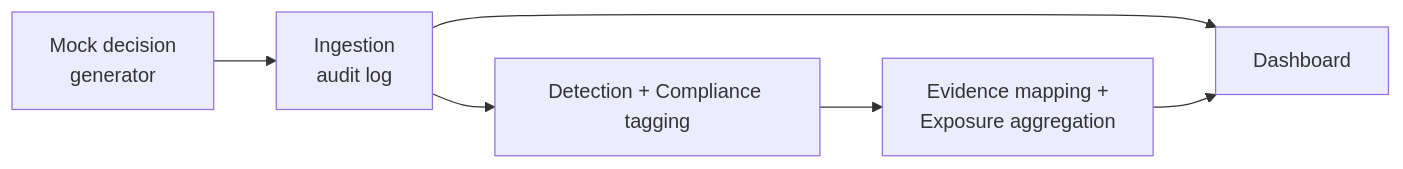
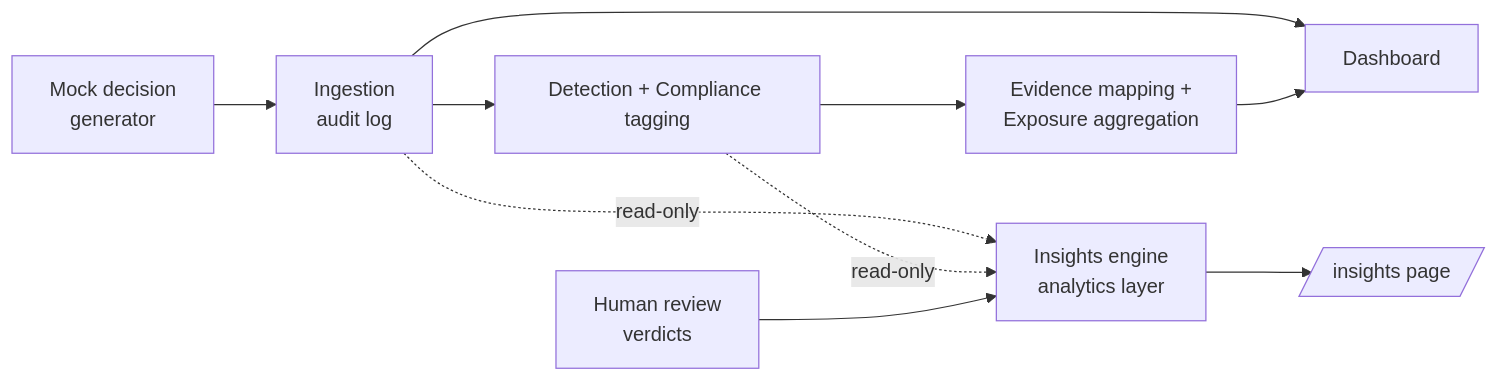
Before and after one commit to DJ-Joshi11/aegis: the diagram in README.md, drawn with Mermaid. The commit also changed other lines of this file and 32 other files, not shown here.

First line of the commit message:
feat(insights): statistical inference engine + Inference & Insights analytics page

````diff
--- a/README.md
+++ b/README.md
@@ -118,8 +118,12 @@
 ```mermaid
 flowchart LR
   A[Mock decision<br/>generator] --> B[Ingestion<br/>audit log]
   B --> C[Detection + Compliance tagging]
   C --> D[Evidence mapping +<br/>Exposure aggregation]
   B --> E[Dashboard]
   D --> E
+  B -. read-only .-> F[Insights engine<br/>analytics layer]
+  C -. read-only .-> F
+  R[Human review<br/>verdicts] --> F
+  F --> G[/insights page/]
 ```
````
